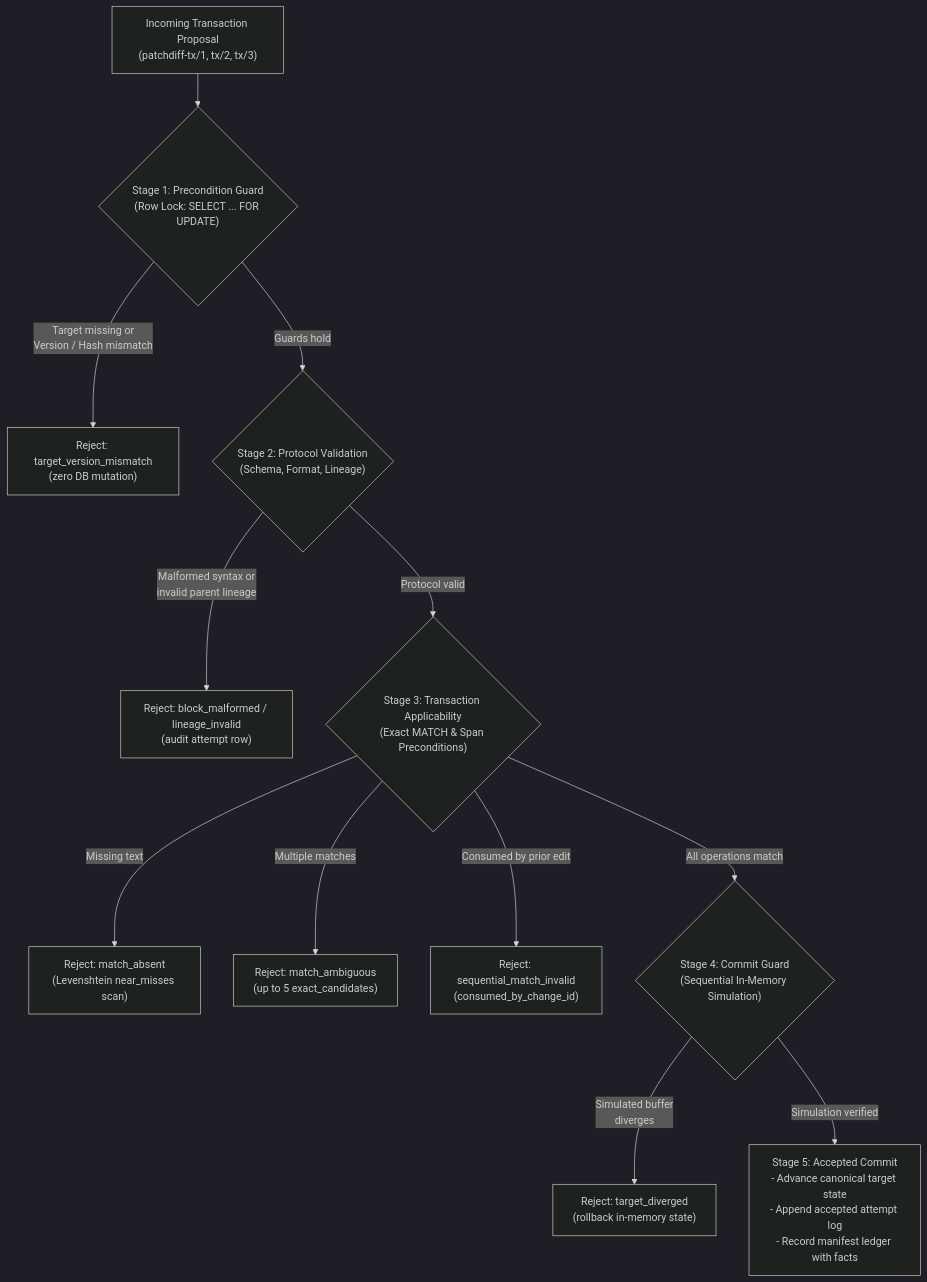
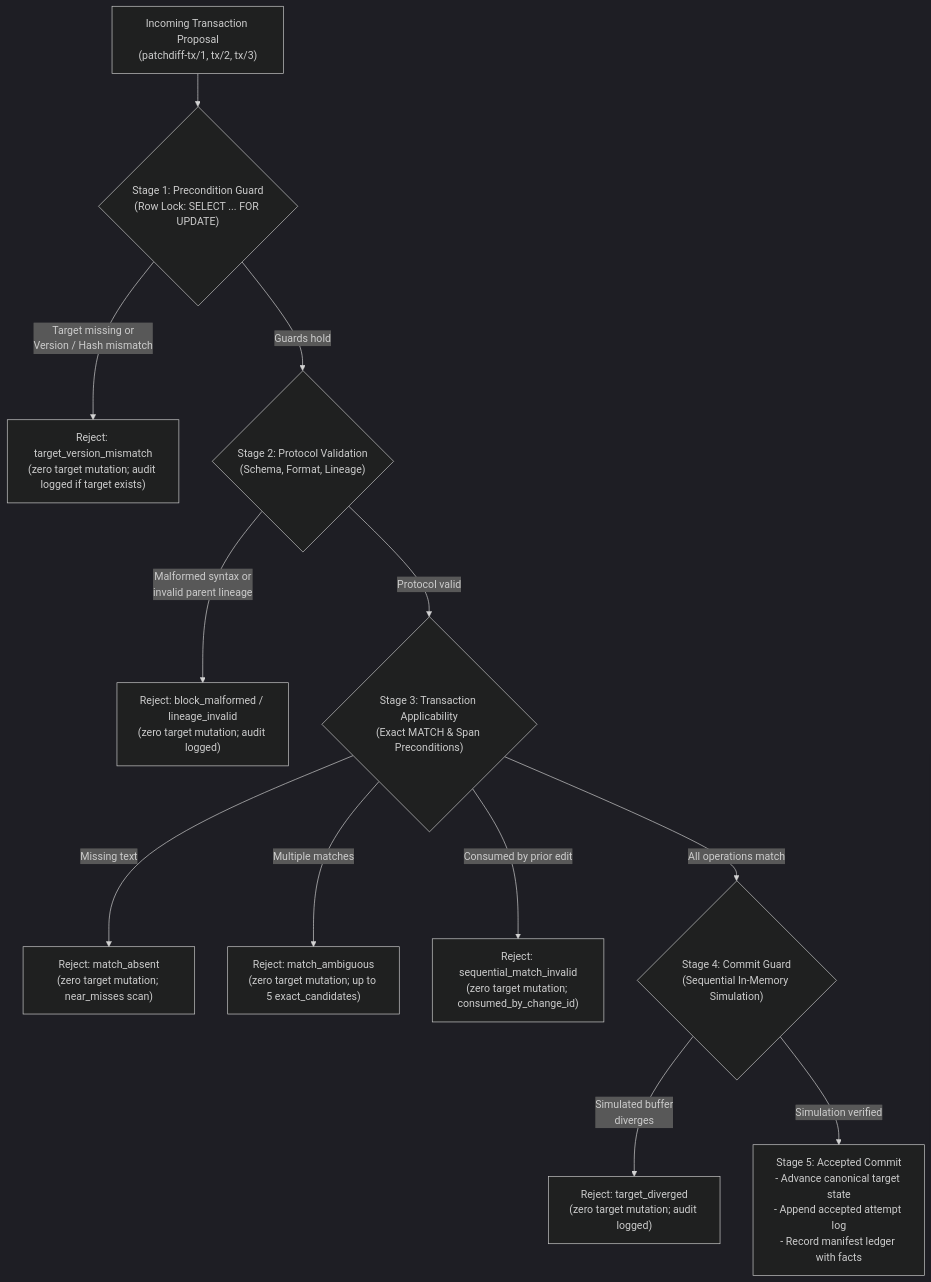
One commit to paragon-ux/Patch-DIFF changed the second of 3 diagrams in docs/architecture.md. Above: the diagram before and after it, drawn with Mermaid (dark theme). The commit also changed 7 other files, not shown here.

Commit message:
docs: resolve external review findings on link targets, architecture flowchart labels, and add worker pipe regression test

````diff
--- a/docs/architecture.md
+++ b/docs/architecture.md
@@ -45,19 +45,19 @@
 ```mermaid
 flowchart TD
     SUBMIT["Incoming Transaction Proposal<br/>(patchdiff-tx/1, tx/2, tx/3)"] --> STAGE1{"Stage 1: Precondition Guard<br/>(Row Lock: SELECT ... FOR UPDATE)"}
     
-    STAGE1 -- "Target missing or<br/>Version / Hash mismatch" --> REJ1["Reject: target_version_mismatch<br/>(zero DB mutation)"]
+    STAGE1 -- "Target missing or<br/>Version / Hash mismatch" --> REJ1["Reject: target_version_mismatch<br/>(zero target mutation; audit logged if target exists)"]
     STAGE1 -- "Guards hold" --> STAGE2{"Stage 2: Protocol Validation<br/>(Schema, Format, Lineage)"}
     
-    STAGE2 -- "Malformed syntax or<br/>invalid parent lineage" --> REJ2["Reject: block_malformed / lineage_invalid<br/>(audit attempt row)"]
+    STAGE2 -- "Malformed syntax or<br/>invalid parent lineage" --> REJ2["Reject: block_malformed / lineage_invalid<br/>(zero target mutation; audit logged)"]
     STAGE2 -- "Protocol valid" --> STAGE3{"Stage 3: Transaction Applicability<br/>(Exact MATCH & Span Preconditions)"}
     
-    STAGE3 -- "Missing text" --> REJ3A["Reject: match_absent<br/>(Levenshtein near_misses scan)"]
-    STAGE3 -- "Multiple matches" --> REJ3B["Reject: match_ambiguous<br/>(up to 5 exact_candidates)"]
-    STAGE3 -- "Consumed by prior edit" --> REJ3C["Reject: sequential_match_invalid<br/>(consumed_by_change_id)"]
+    STAGE3 -- "Missing text" --> REJ3A["Reject: match_absent<br/>(zero target mutation; near_misses scan)"]
+    STAGE3 -- "Multiple matches" --> REJ3B["Reject: match_ambiguous<br/>(zero target mutation; up to 5 exact_candidates)"]
+    STAGE3 -- "Consumed by prior edit" --> REJ3C["Reject: sequential_match_invalid<br/>(zero target mutation; consumed_by_change_id)"]
     
     STAGE3 -- "All operations match" --> STAGE4{"Stage 4: Commit Guard<br/>(Sequential In-Memory Simulation)"}
     
-    STAGE4 -- "Simulated buffer<br/>diverges" --> REJ4["Reject: target_diverged<br/>(rollback in-memory state)"]
+    STAGE4 -- "Simulated buffer<br/>diverges" --> REJ4["Reject: target_diverged<br/>(zero target mutation; audit logged)"]
     STAGE4 -- "Simulation verified" --> STAGE5["Stage 5: Accepted Commit<br/>- Advance canonical target state<br/>- Append accepted attempt log<br/>- Record manifest ledger with facts"]
 ```
````
